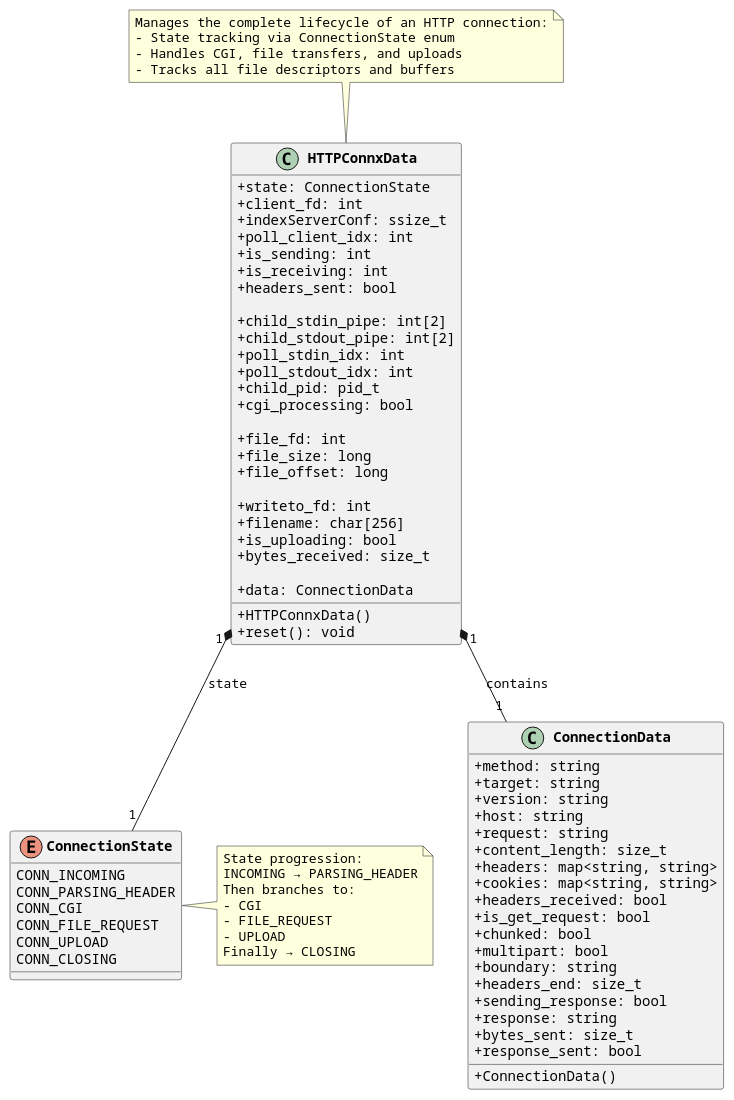
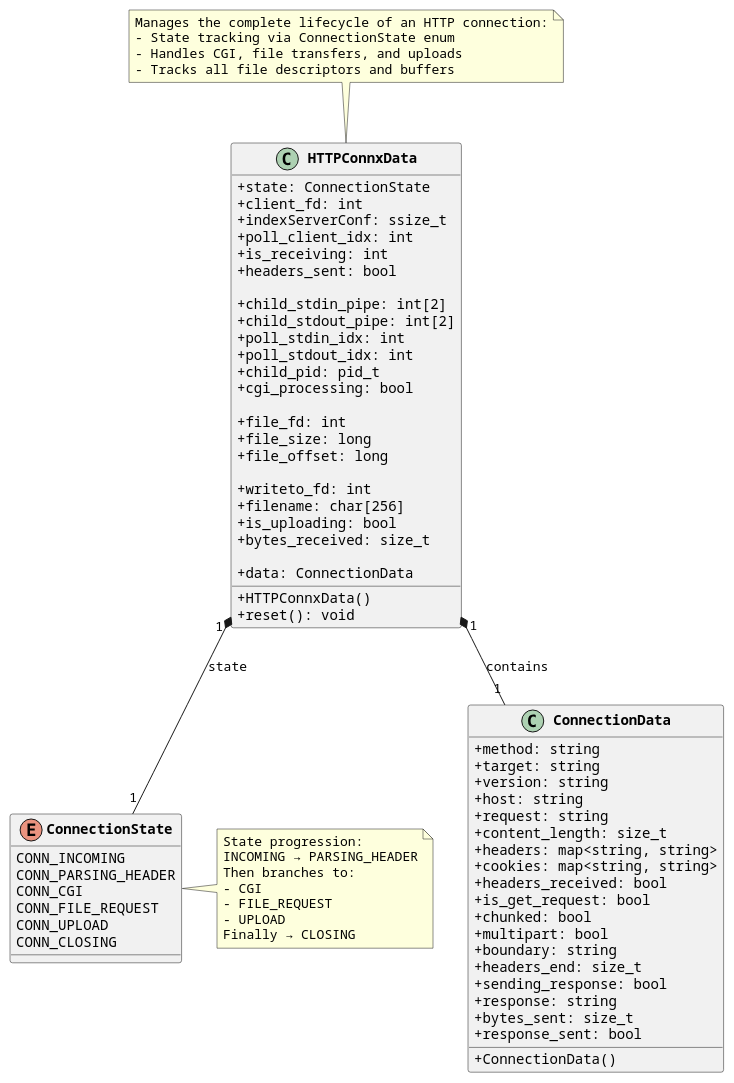
One commit to multitudes/httpwebserver changed the second of 2 diagrams in docs/plantUMLCode.md. Above: the diagram before and after it, drawn with PlantUML. The commit also changed 5 other files, not shown here.

```diff
--- a/docs/plantUMLCode.md
+++ b/docs/plantUMLCode.md
@@ -121,7 +121,6 @@
     + client_fd: int
     + indexServerConf: ssize_t
     + poll_client_idx: int
-    + is_sending: int
     + is_receiving: int
     + headers_sent: bool
     
```
